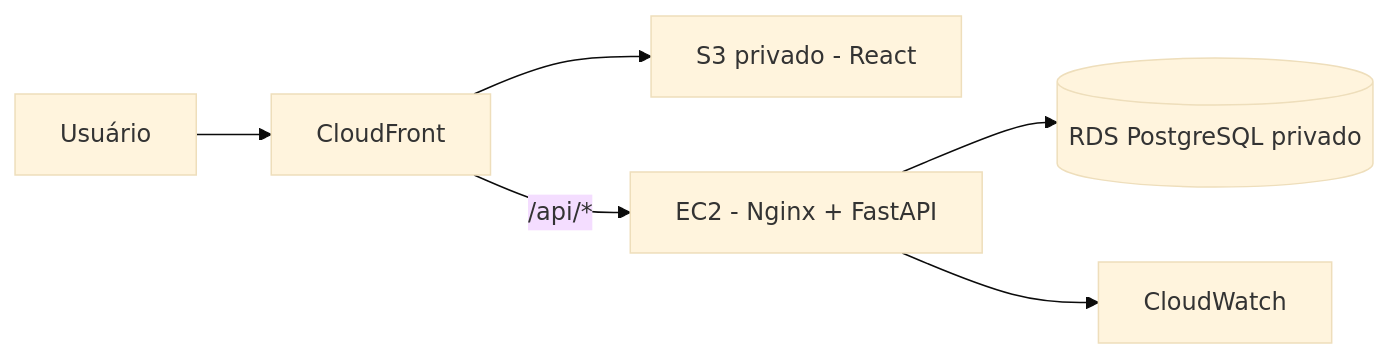
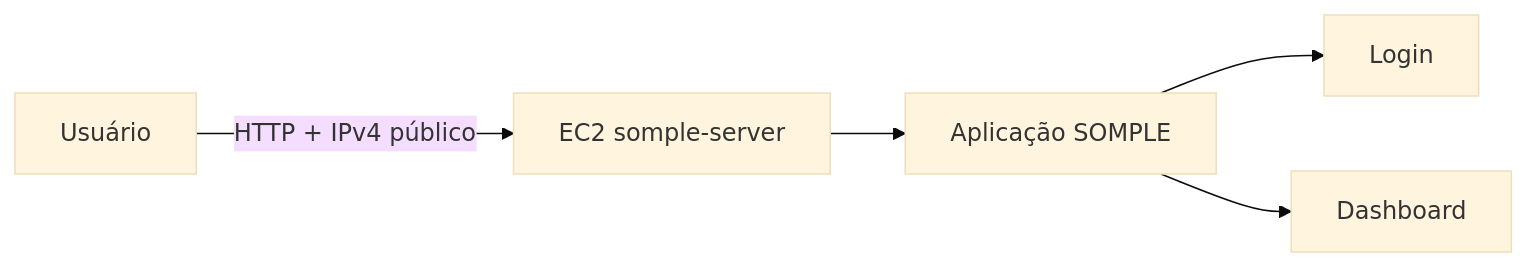
The third of 3 diagrams in README.md (EnzoCaetano015/SOMPLE), drawn with Mermaid (base theme) before and after one commit. The commit also changed other lines of this file and 6 other files, not shown here.

````diff
--- a/README.md
+++ b/README.md
@@ -512,8 +524,7 @@
 ```mermaid
 flowchart LR
-    U[Usuário] --> CF[CloudFront]
-    CF --> S3[S3 privado - React]
-    CF -->|/api/*| EC2[EC2 - Nginx + FastAPI]
-    EC2 --> RDS[(RDS PostgreSQL privado)]
-    EC2 --> CW[CloudWatch]
+    U[Usuário] -->|HTTP + IPv4 público| EC2[EC2 somple-server]
+    EC2 --> APP[Aplicação SOMPLE]
+    APP --> LOGIN[Login]
+    APP --> DASH[Dashboard]
 ```
````
